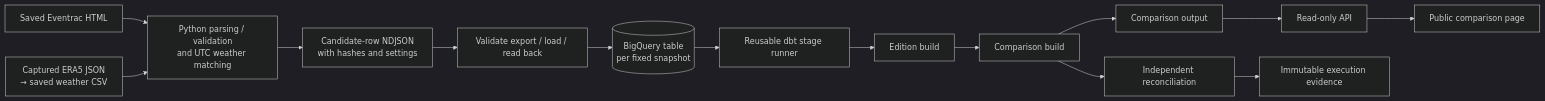
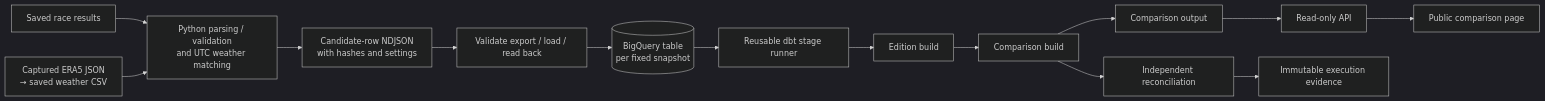
The first of 2 diagrams in docs/architecture.md (mifuha/runwx), drawn with Mermaid (dark theme) before and after one commit. The commit also changed other lines of this file and 9 other files, not shown here.

Commit message:
Show how race data reaches the comparison chart (#50)

````diff
--- a/docs/architecture.md
+++ b/docs/architecture.md
@@ -13,16 +14,16 @@
 ```mermaid
 flowchart LR
-    race["Saved Eventrac HTML"] --> python["Python parsing / validation<br/>and UTC weather matching"]
+    race["Saved race results"] --> python["Python parsing / validation<br/>and UTC weather matching"]
     weather["Captured ERA5 JSON<br/>→ saved weather CSV"] --> python
     python --> export["Candidate-row NDJSON<br/>with hashes and settings"]
     export --> loader["Validate export / load / read back"]
     loader --> source[("BigQuery table<br/>per fixed snapshot")]
     source --> runner["Reusable dbt stage runner"]
     runner --> edition["Edition build"]
     edition --> comparison["Comparison build"]
     comparison --> reconciliation["Independent reconciliation"]
     comparison --> output["Comparison output"]
     output --> api["Read-only API"]
     api --> page["Public comparison page"]
     reconciliation --> evidence["Immutable execution evidence"]
 ```
````
